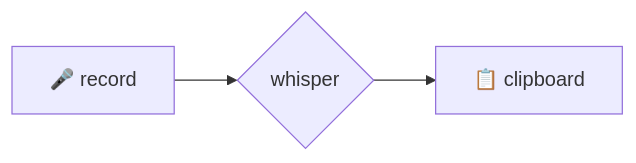
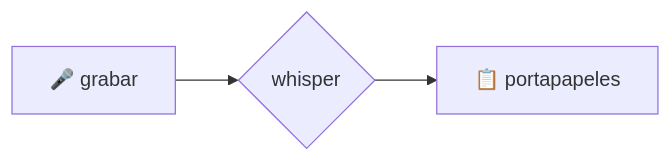
One commit to zarvent/v2m-lab changed the first of 2 diagrams in README.md. Above: the diagram before and after it, drawn with Mermaid. The commit also changed other lines of this file and 25 other files, not shown here.

````diff
--- a/README.md
+++ b/README.md
@@ -52,5 +52,5 @@
 ```mermaid
 flowchart LR
-A[🎤 record] --> B{whisper}
-B --> C[📋 clipboard]
+A[🎤 grabar] --> B{whisper}
+B --> C[📋 portapapeles]
 ```
````
